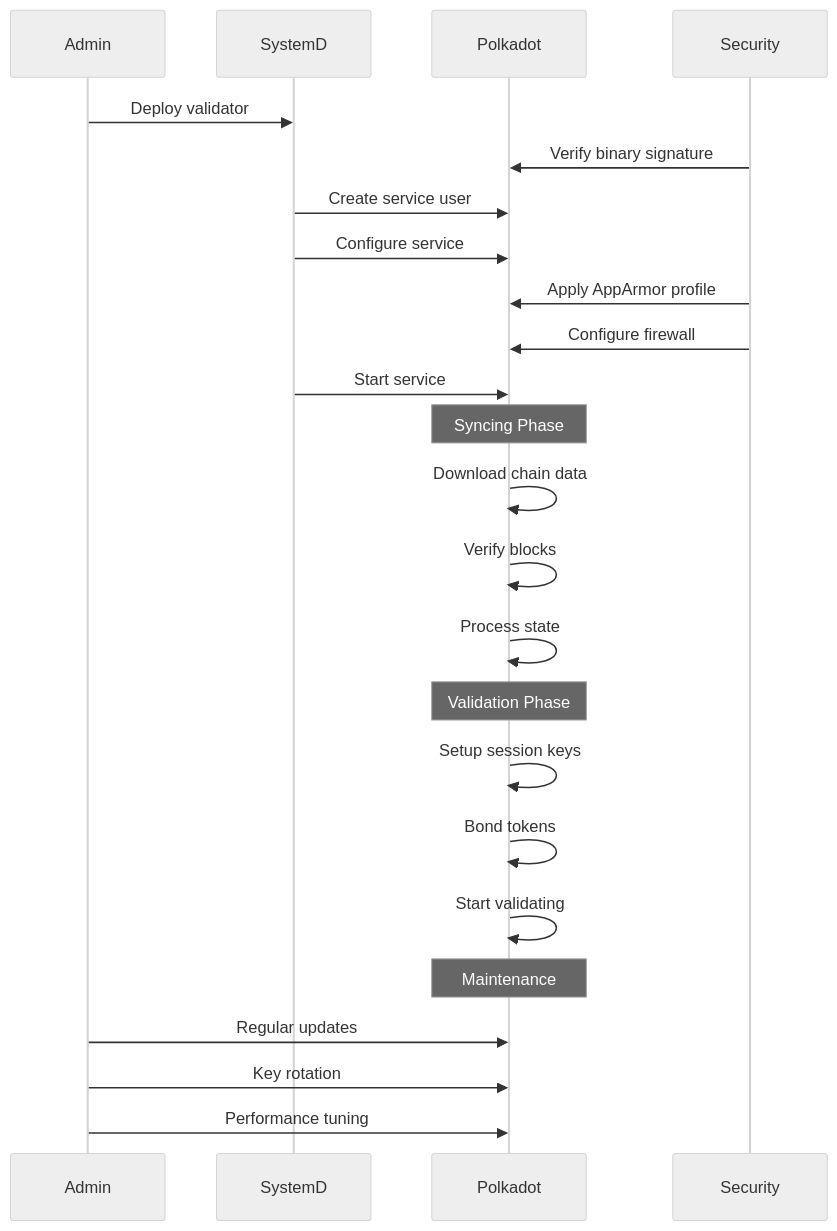
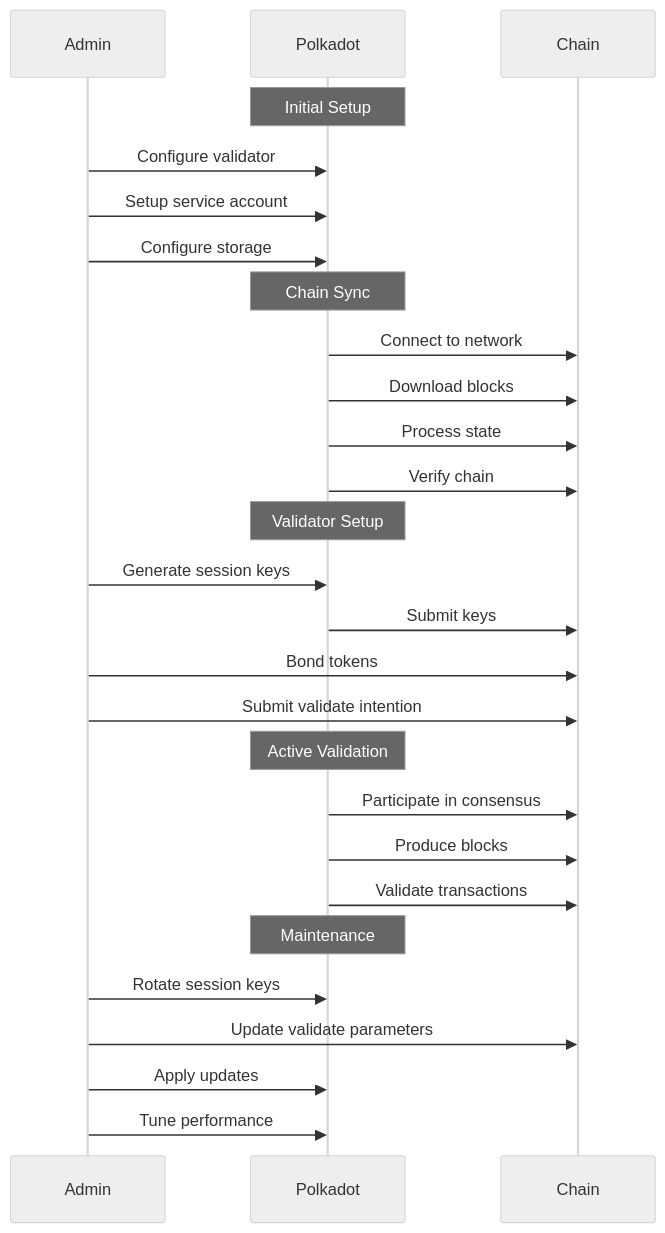
Before and after one commit to pampatzoglou/provision-validators: the second of 2 diagrams in roles/polkadot/README.md, drawn with Mermaid (neutral theme). The commit also changed other lines of this file, not shown here.

````diff
--- a/roles/polkadot/README.md
+++ b/roles/polkadot/README.md
@@ -119,30 +50,34 @@
 ```mermaid
 sequenceDiagram
     participant Admin
-    participant SystemD
     participant Polkadot
-    participant Security
+    participant Chain
 
-    Admin->>SystemD: Deploy validator
-    Security->>Polkadot: Verify binary signature
-    SystemD->>Polkadot: Create service user
-    SystemD->>Polkadot: Configure service
-    Security->>Polkadot: Apply AppArmor profile
-    Security->>Polkadot: Configure firewall
-    SystemD->>Polkadot: Start service
-    
-    Note over Polkadot: Syncing Phase
-    Polkadot->>Polkadot: Download chain data
-    Polkadot->>Polkadot: Verify blocks
-    Polkadot->>Polkadot: Process state
-    
-    Note over Polkadot: Validation Phase
-    Polkadot->>Polkadot: Setup session keys
-    Polkadot->>Polkadot: Bond tokens
-    Polkadot->>Polkadot: Start validating
-    
+    Note over Polkadot: Initial Setup
+    Admin->>Polkadot: Configure validator
+    Admin->>Polkadot: Setup service account
+    Admin->>Polkadot: Configure storage
+
+    Note over Polkadot: Chain Sync
+    Polkadot->>Chain: Connect to network
+    Polkadot->>Chain: Download blocks
+    Polkadot->>Chain: Process state
+    Polkadot->>Chain: Verify chain
+
+    Note over Polkadot: Validator Setup
+    Admin->>Polkadot: Generate session keys
+    Polkadot->>Chain: Submit keys
+    Admin->>Chain: Bond tokens
+    Admin->>Chain: Submit validate intention
+
+    Note over Polkadot: Active Validation
+    Polkadot->>Chain: Participate in consensus
+    Polkadot->>Chain: Produce blocks
+    Polkadot->>Chain: Validate transactions
+
     Note over Polkadot: Maintenance
-    Admin->>Polkadot: Regular updates
-    Admin->>Polkadot: Key rotation
-    Admin->>Polkadot: Performance tuning
+    Admin->>Polkadot: Rotate session keys
+    Admin->>Chain: Update validate parameters
+    Admin->>Polkadot: Apply updates
+    Admin->>Polkadot: Tune performance
 ```
````
